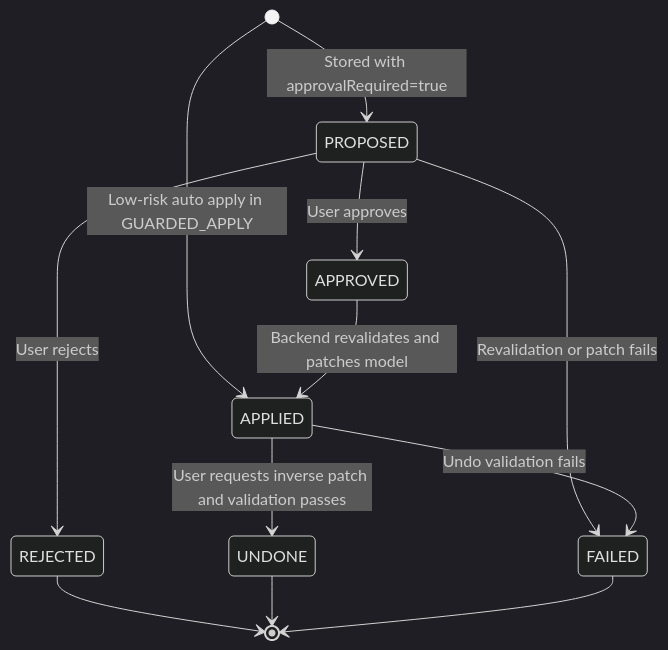
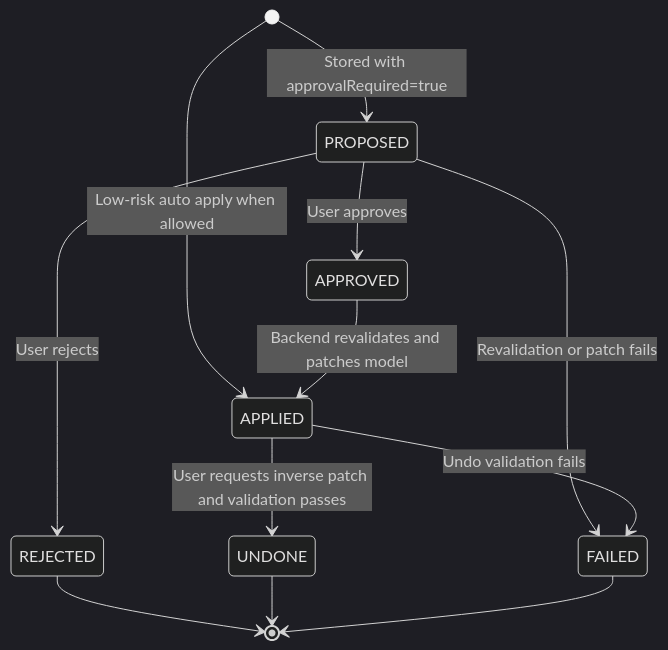
Before and after one commit to mehdieidi/modriss: the second of 4 diagrams in docs/diagrams/15-ai-assistant-turn-and-proposal.md, drawn with Mermaid (dark theme). The commit also changed 17 other files, not shown here.

````diff
--- a/docs/diagrams/15-ai-assistant-turn-and-proposal.md
+++ b/docs/diagrams/15-ai-assistant-turn-and-proposal.md
@@ -43,14 +43,14 @@
 ```mermaid
 stateDiagram-v2
     [*] --> PROPOSED: Stored with approvalRequired=true
-    [*] --> APPLIED: Low-risk auto apply in GUARDED_APPLY
+    [*] --> APPLIED: Low-risk auto apply when allowed
     PROPOSED --> APPROVED: User approves
     APPROVED --> APPLIED: Backend revalidates and patches model
     PROPOSED --> REJECTED: User rejects
     PROPOSED --> FAILED: Revalidation or patch fails
     APPLIED --> UNDONE: User requests inverse patch and validation passes
     APPLIED --> FAILED: Undo validation fails
     REJECTED --> [*]
     UNDONE --> [*]
     FAILED --> [*]
 ```
````
